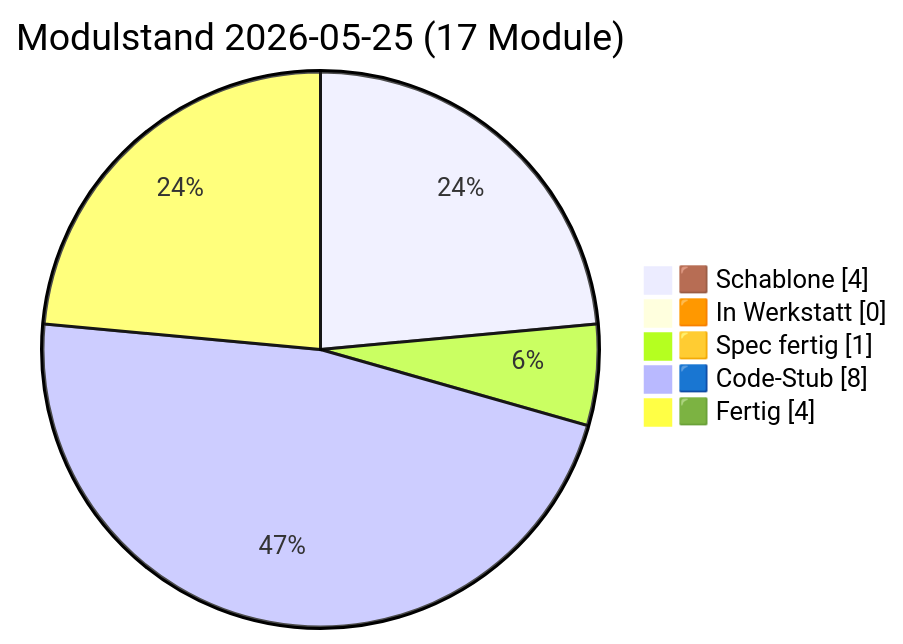
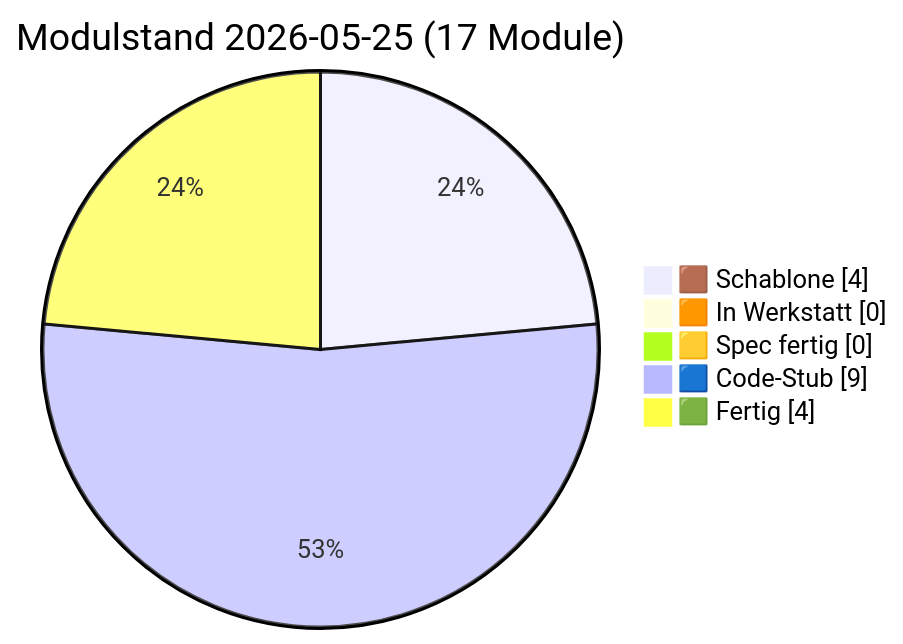
One commit to lausiklauskn-png/Sage-Protokol changed the diagram in docs/PULS.md. Above: the diagram before and after it, drawn with Mermaid. The commit also changed other lines of this file and 12 other files, not shown here.

````diff
--- a/docs/PULS.md
+++ b/docs/PULS.md
@@ -21,9 +21,9 @@
 ```mermaid
 pie showData
   title Modulstand 2026-05-25 (17 Module)
   "🟫 Schablone" : 4
   "🟧 In Werkstatt" : 0
-  "🟨 Spec fertig" : 1
-  "🟦 Code-Stub" : 8
+  "🟨 Spec fertig" : 0
+  "🟦 Code-Stub" : 9
   "🟩 Fertig" : 4
 ```
````
